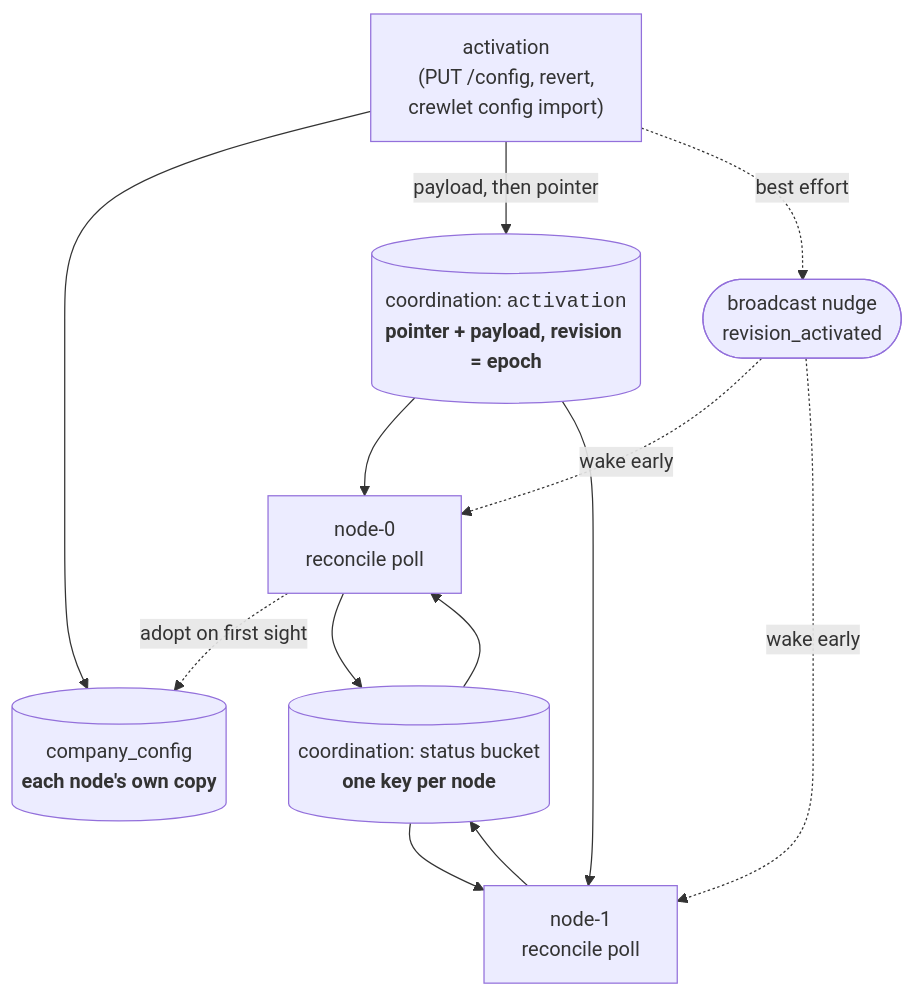
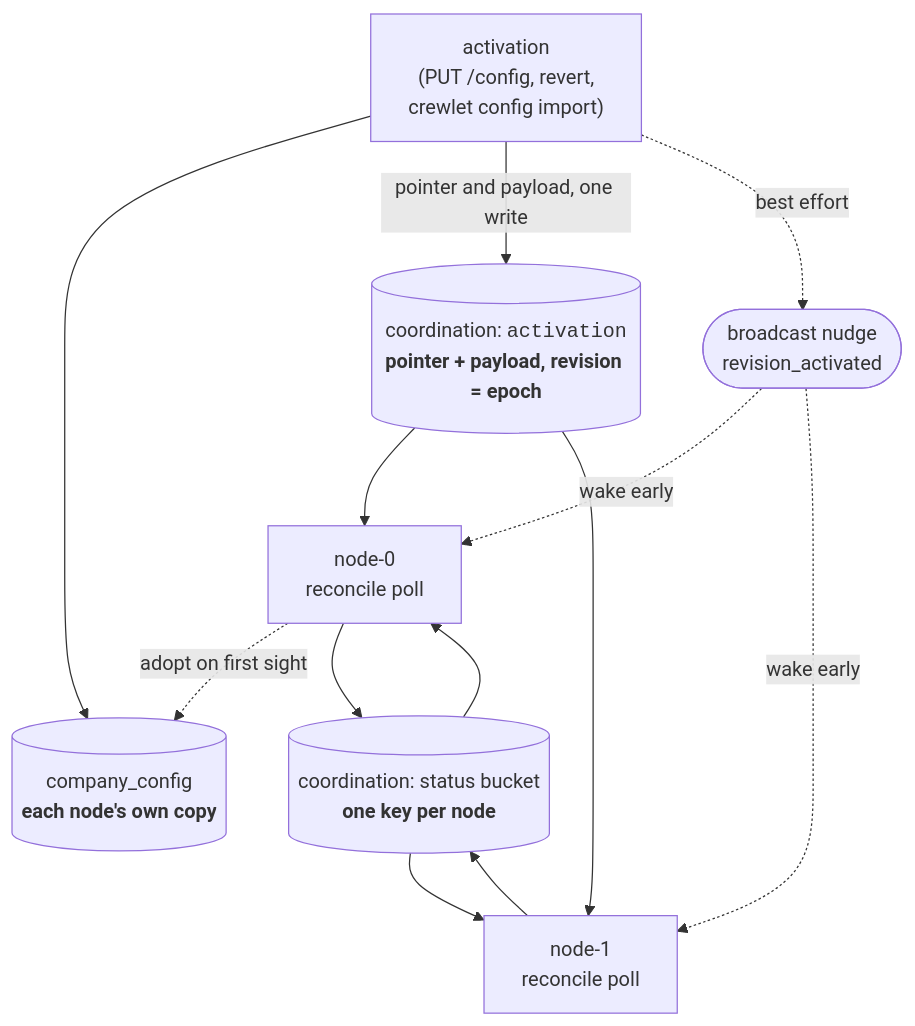
The first of 2 diagrams in docs/concepts/control-plane.md (crewlet/crewlet), drawn with Mermaid before and after one commit. The commit also changed other lines of this file and 11 other files, not shown here.

````diff
--- a/docs/concepts/control-plane.md
+++ b/docs/concepts/control-plane.md
@@ -24,22 +24,22 @@
 ```mermaid
 flowchart TD
     ACT["activation<br/>(PUT /config, revert,<br/>crewlet config import)"]
     DB[("company_config<br/><b>each node's own copy</b>")]
     PTR[("coordination: <code>activation</code><br/><b>pointer + payload, revision = epoch</b>")]
     NUDGE(["broadcast nudge<br/>revision_activated"])
     N1["node-0<br/>reconcile poll"]
     N2["node-1<br/>reconcile poll"]
     STATUS[("coordination: status bucket<br/><b>one key per node</b>")]
     ACT --> DB
-    ACT -->|payload, then pointer| PTR
+    ACT -->|pointer and payload, one write| PTR
     ACT -.->|best effort| NUDGE
     NUDGE -.->|wake early| N1
     NUDGE -.->|wake early| N2
     PTR --> N1
     PTR --> N2
     N1 -.->|adopt on first sight| DB
     N1 --> STATUS
     N2 --> STATUS
     STATUS --> N1
     STATUS --> N2
 ```
````
